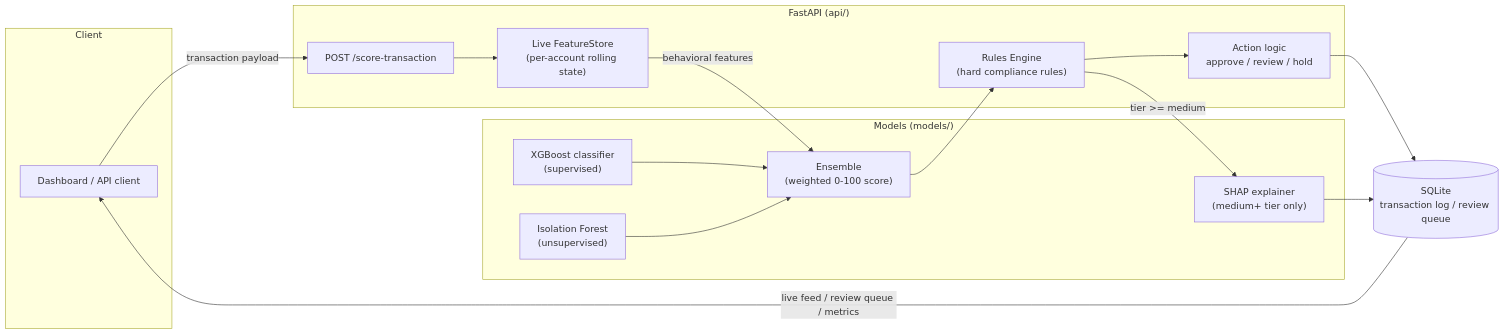
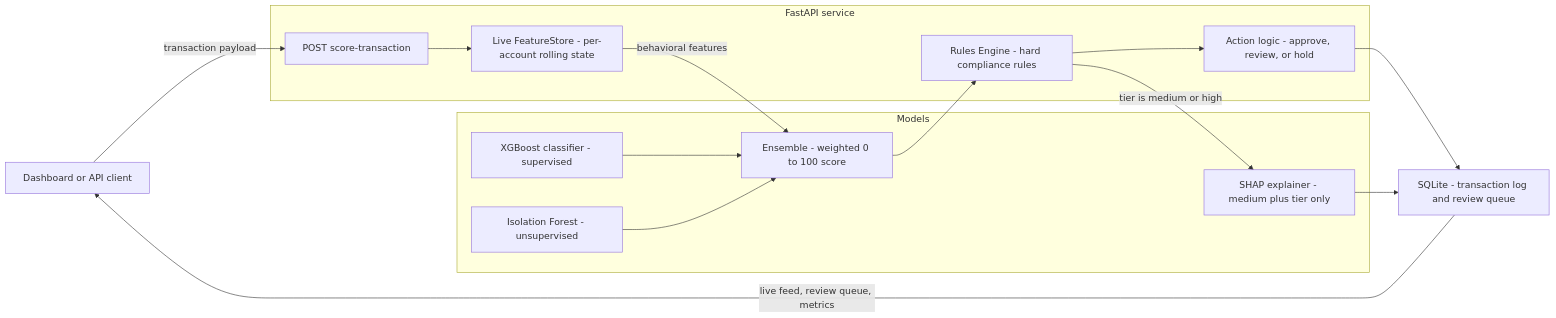
Before and after one commit to anshikamishra66/Real-Time-Transaction-Risk-Scoring-Engine: the diagram in README.md, drawn with Mermaid.

Commit message:
Fix Mermaid diagram syntax in README
The unquoted >= in an edge label broke GitHub's Mermaid renderer
("Unable to render rich display"). Simplified node/edge labels to
avoid special characters and nested-quote subgraph titles.

````diff
--- a/README.md
+++ b/README.md
@@ -11,34 +11,32 @@
 ```mermaid
 flowchart LR
-    subgraph Client
-        R[Dashboard / API client]
+    R[Dashboard or API client]
+
+    subgraph API[FastAPI service]
+        EP[POST score-transaction]
+        FS[Live FeatureStore - per-account rolling state]
+        RE[Rules Engine - hard compliance rules]
+        AC[Action logic - approve, review, or hold]
     end
 
-    subgraph API["FastAPI (api/)"]
-        EP["POST /score-transaction"]
-        FS["Live FeatureStore\n(per-account rolling state)"]
-        RE["Rules Engine\n(hard compliance rules)"]
-        AC["Action logic\napprove / review / hold"]
+    subgraph ML[Models]
+        SUP[XGBoost classifier - supervised]
+        ANO[Isolation Forest - unsupervised]
+        ENS[Ensemble - weighted 0 to 100 score]
+        SHAPX[SHAP explainer - medium plus tier only]
     end
 
-    subgraph ML["Models (models/)"]
-        SUP["XGBoost classifier\n(supervised)"]
-        ANO["Isolation Forest\n(unsupervised)"]
-        ENS["Ensemble\n(weighted 0-100 score)"]
-        SHAP["SHAP explainer\n(medium+ tier only)"]
-    end
-
-    DB[("SQLite\ntransaction log / review queue")]
+    DB[SQLite - transaction log and review queue]
 
     R -->|transaction payload| EP
     EP --> FS
     FS -->|behavioral features| ENS
     SUP --> ENS
     ANO --> ENS
     ENS --> RE
     RE --> AC
-    RE -->|tier >= medium| SHAP
+    RE -->|tier is medium or high| SHAPX
     AC --> DB
-    SHAP --> DB
-    DB -->|live feed / review queue / metrics| R
+    SHAPX --> DB
+    DB -->|live feed, review queue, metrics| R
 ```
````
